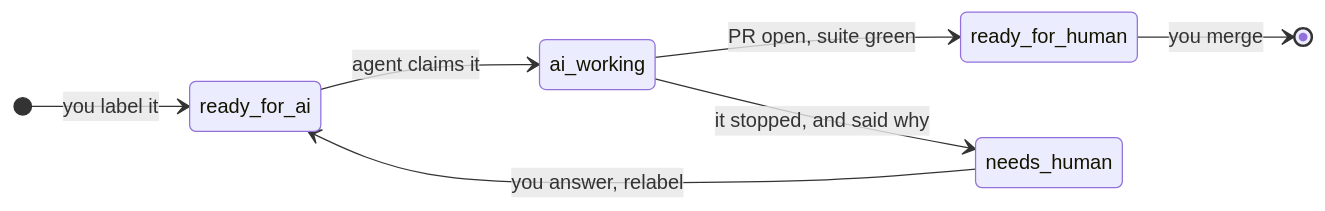
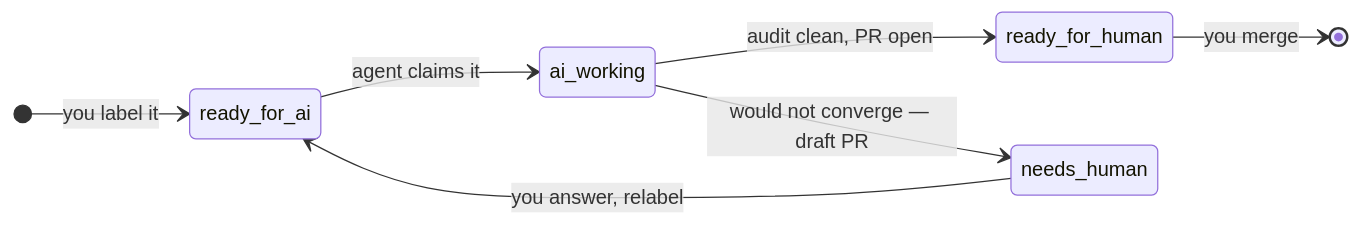
One commit to EqualExperts/nam-2026-conference changed the second of 2 diagrams in README.md. Above: the diagram before and after it, drawn with Mermaid. The commit also changed other lines of this file, not shown here.

````diff
--- a/README.md
+++ b/README.md
@@ -78,10 +92,10 @@
 ```mermaid
 stateDiagram-v2
     direction LR
     [*] --> ready_for_ai: you label it
     ready_for_ai --> ai_working: agent claims it
-    ai_working --> ready_for_human: PR open, suite green
-    ai_working --> needs_human: it stopped, and said why
+    ai_working --> ready_for_human: audit clean, PR open
+    ai_working --> needs_human: would not converge — draft PR
     ready_for_human --> [*]: you merge
     needs_human --> ready_for_ai: you answer, relabel
 ```
````
